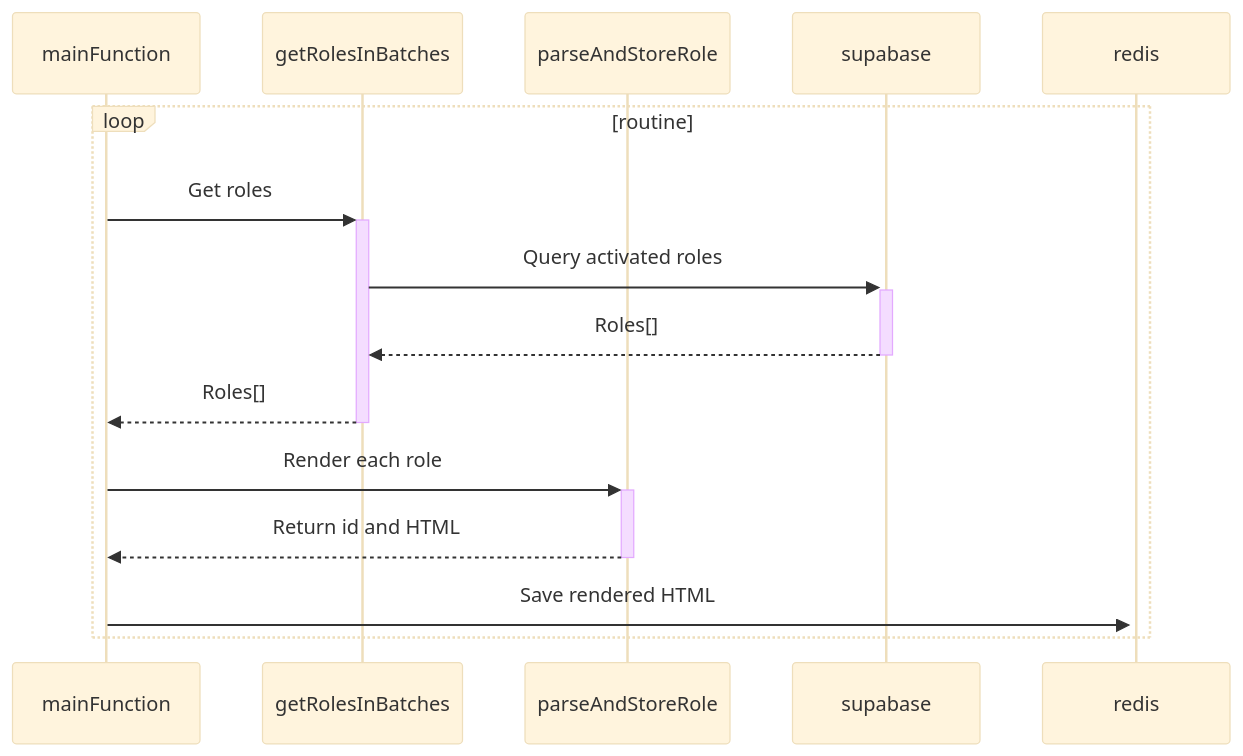
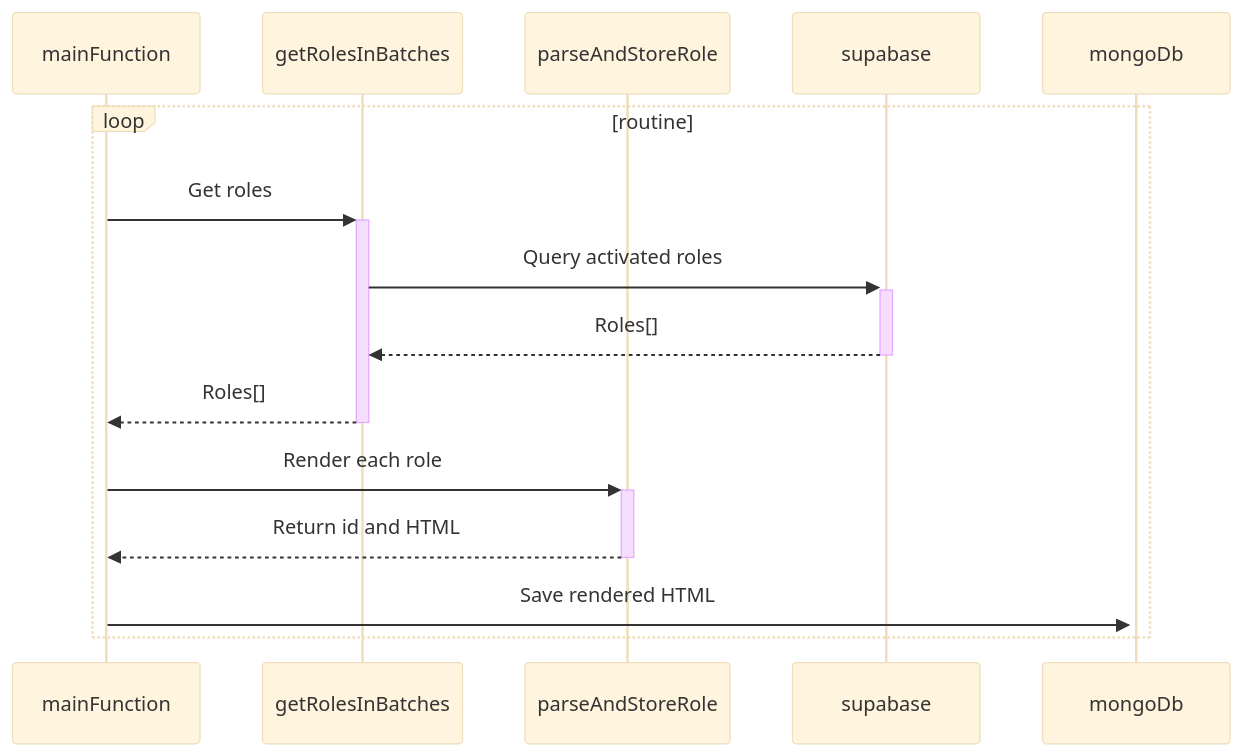
One commit to ocodista/trampar-de-casa changed the diagram in apps/auto-email-sender/roles-renderer/README.md. Above: the diagram before and after it, drawn with Mermaid (base theme). The commit also changed other lines of this file and 2 other files, not shown here.

````diff
--- a/apps/auto-email-sender/roles-renderer/README.md
+++ b/apps/auto-email-sender/roles-renderer/README.md
@@ -13,18 +13,18 @@
 ```mermaid
 sequenceDiagram
 participant mainFunction
 participant getRolesInBatches
 participant parseAndStoreRole
 participant supabase
-participant redis
+participant mongoDb
 
 loop routine
 mainFunction->>+getRolesInBatches: Get roles
 getRolesInBatches->>+supabase: Query activated roles
 supabase-->>-getRolesInBatches: Roles[]
 getRolesInBatches-->>-mainFunction: Roles[]
 mainFunction->>+parseAndStoreRole: Render each role
 parseAndStoreRole-->>-mainFunction: Return id and HTML
-mainFunction->>+redis: Save rendered HTML
+mainFunction->>+mongoDb: Save rendered HTML
 end
 ```
````
